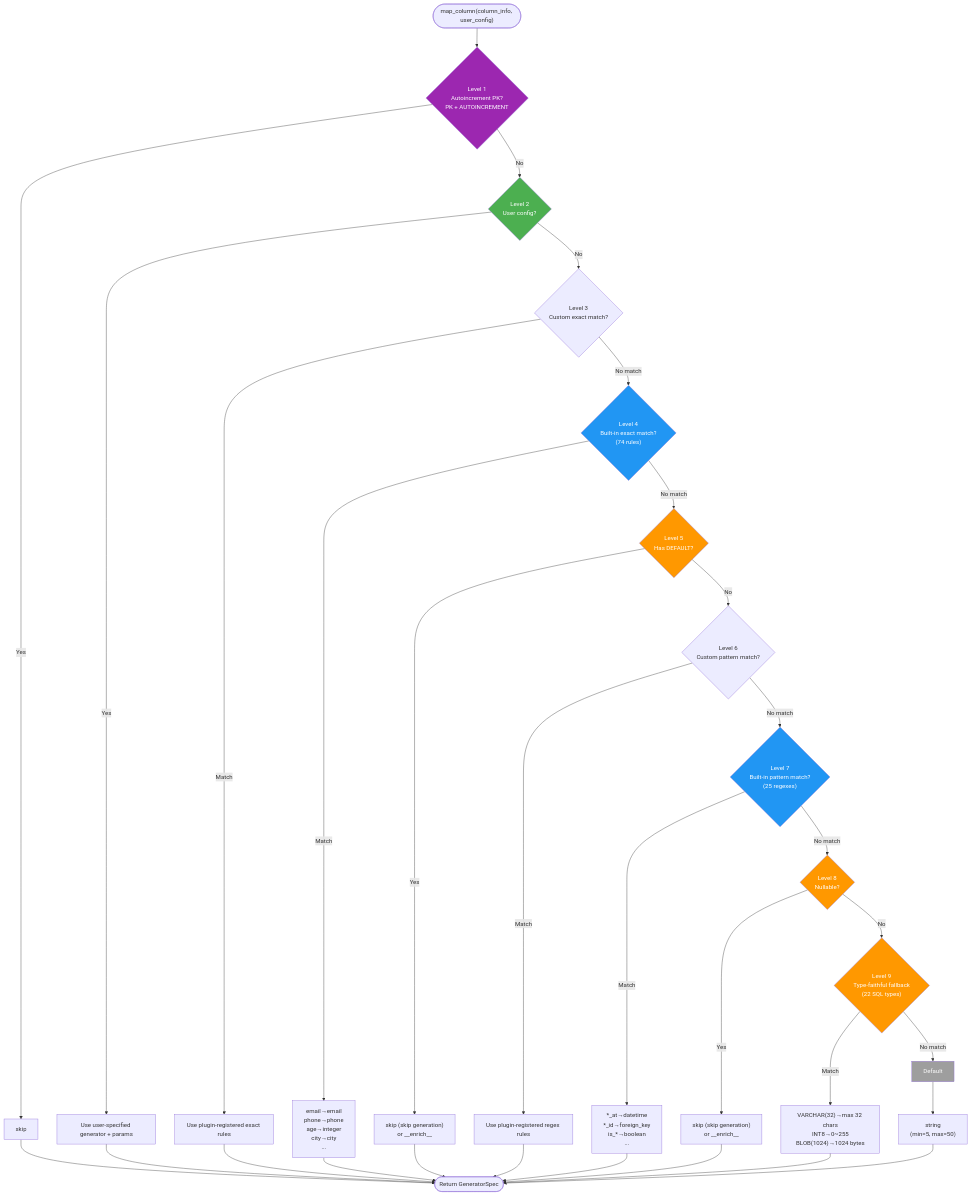
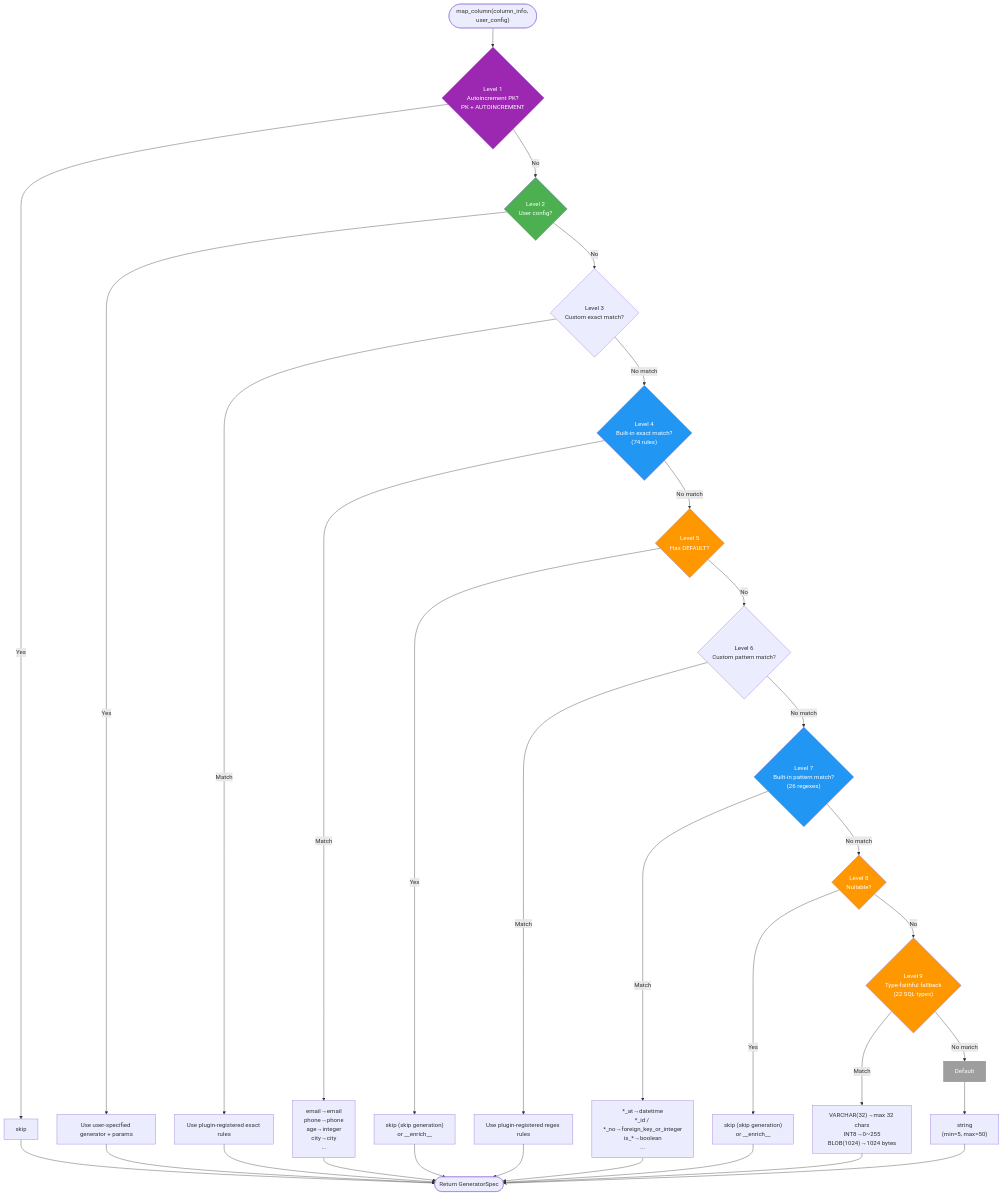
Before and after one commit to sunbos/sqlseed: the third of 10 diagrams in docs/architecture.md, drawn with Mermaid. The commit also changed other lines of this file and 5 other files, not shown here.

First line of the commit message:
docs: update changelog, architecture, README, and notebook tutorials

````diff
--- a/docs/architecture.md
+++ b/docs/architecture.md
@@ -190,53 +191,53 @@
 ```mermaid
 flowchart TD
     Start(["map_column(column_info, user_config)"]) --> L1
 
     L1{"Level 1<br/>Autoincrement PK?<br/>PK + AUTOINCREMENT"} -->|Yes| R1["skip"]
     L1 -->|No| L2
 
     L2{"Level 2<br/>User config?"} -->|Yes| R2["Use user-specified generator + params"]
     L2 -->|No| L3
 
     L3{"Level 3<br/>Custom exact match?"} -->|Match| R3["Use plugin-registered exact rules"]
     L3 -->|No match| L4
 
     L4{"Level 4<br/>Built-in exact match?<br/>(74 rules)"} -->|Match| R4["email→email<br/>phone→phone<br/>age→integer<br/>city→city<br/>..."]
     L4 -->|No match| L5
 
     L5{"Level 5<br/>Has DEFAULT?"} -->|Yes| R5["skip (skip generation)<br/>or __enrich__"]
     L5 -->|No| L6
 
     L6{"Level 6<br/>Custom pattern match?"} -->|Match| R6["Use plugin-registered regex rules"]
     L6 -->|No match| L7
 
-    L7{"Level 7<br/>Built-in pattern match?<br/>(25 regexes)"} -->|Match| R7["*_at→datetime<br/>*_id→foreign_key<br/>is_*→boolean<br/>..."]
+    L7{"Level 7<br/>Built-in pattern match?<br/>(26 regexes)"} -->|Match| R7["*_at→datetime<br/>*_id / *_no→foreign_key_or_integer<br/>is_*→boolean<br/>..."]
     L7 -->|No match| L8
 
     L8{"Level 8<br/>Nullable?"} -->|Yes| R8["skip (skip generation)<br/>or __enrich__"]
     L8 -->|No| L9
 
     L9{"Level 9<br/>Type-faithful fallback<br/>(22 SQL types)"} -->|Match| R9["VARCHAR(32)→max 32 chars<br/>INT8→0~255<br/>BLOB(1024)→1024 bytes"]
     L9 -->|No match| L10
 
     L10["Default"] --> R10["string<br/>(min=5, max=50)"]
 
     R1 --> Done(["Return GeneratorSpec"])
     R2 --> Done
     R3 --> Done
     R4 --> Done
     R5 --> Done
     R6 --> Done
     R7 --> Done
     R8 --> Done
     R9 --> Done
     R10 --> Done
 
     style L1 fill:#9C27B0,color:#fff
     style L2 fill:#4CAF50,color:#fff
     style L4 fill:#2196F3,color:#fff
     style L5 fill:#FF9800,color:#fff
     style L7 fill:#2196F3,color:#fff
     style L8 fill:#FF9800,color:#fff
     style L9 fill:#FF9800,color:#fff
     style L10 fill:#9E9E9E,color:#fff
 ```
````
